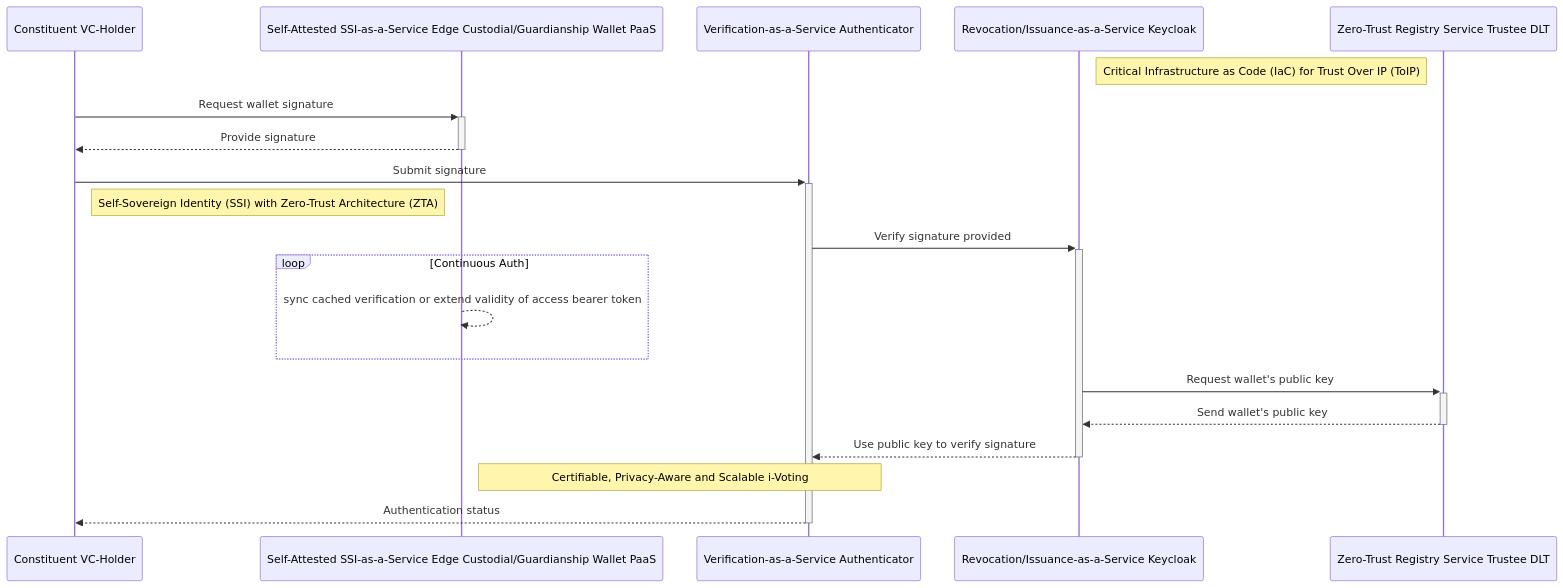
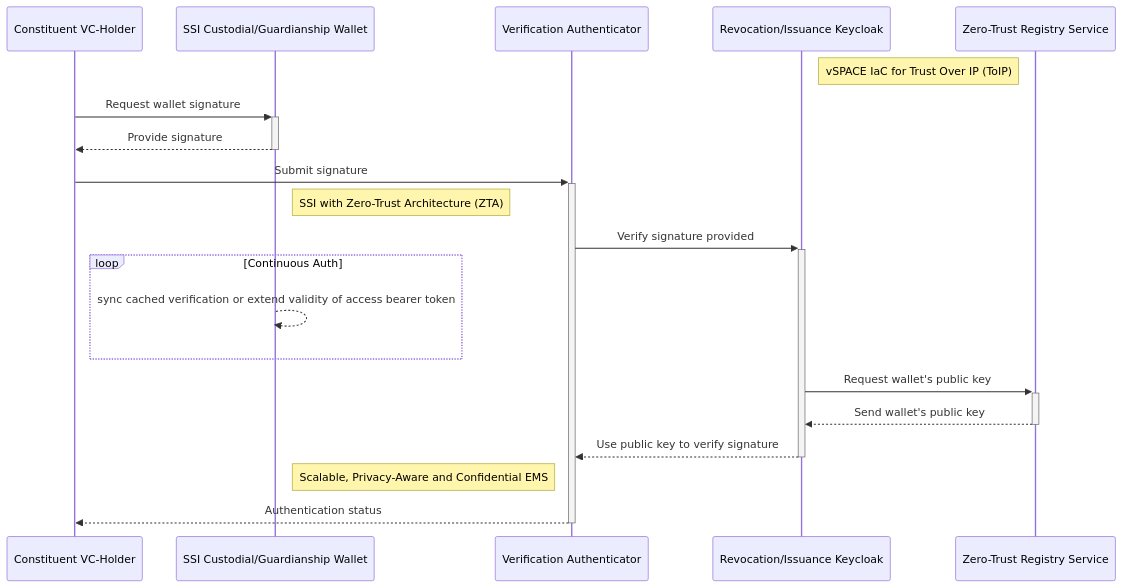
One commit to c6ai/c6ai changed the diagram in README.md. Above: the diagram before and after it, drawn with Mermaid.

Commit message:
Update README.md
https://kroki.io/mermaid/svg/eNqFU8GO2jAQPZevmAvKViVaqeqJw0oh0BZV26KGstLeBmcgI4Kd2k7YdMW_79isWgqqmkvk8Xvz3rxJhsNn1uzH8Jz4iva0Qsu4rsklobQx2n_EPde9HJMJWY22hPsl5EaXpB2VyQgiquBfFDDvPzRPySiWHoi3lQ_FtanL5Hg8DocDRz9b0oqmjFuL-wHI06D1rLhB7SEDdKG78-wF6GGVp5-FTvYKOgnQophD3jpvSsb69lMr_hi1q7iBB6xr8le0PNBWZHnDCj0bDVkro2sfjuZaZhrw36kzJ_Tt3LkWZQL4Qr2qDe6uGLPAeCRr0qUVa0LesvO2h4Jsx4oGb1CJEmSR-dV4AhuiArOB6Ri6YpHlM5hjDhtBnXp868jCfAE3SzNfvI3ELL27ezcZS3uJVCCHOC843mr0raUImqSCSrMxLKzpuKSL69gjH0PRrvd8yf3bmSiFsA_sq_PhMqsq9qQCC24el9nJXB4ayzAx6P5PY2hOPsqIqo1pwrY969a0Lm4iXvy2Lqqu1woUqopK6M73JuHQkyctZay5ZN8Hn6gUOQdrQiuRebMjHVsKLr6nwdnsMrbEQdOua1awoz7iZjE5GaEICv9CTSNKEvzh6OxOdE9e-_9mqrAOP9xINsQdqj7NDuIcUEQlmY1kJfFgDbP74jXZ142efbYhDedFxb0Atww9vw==

````diff
--- a/README.md
+++ b/README.md
@@ -8,23 +8,24 @@
 ```mermaid
+%%{init: {'themeVariables': {'fontFamily': 'Bernard MT Condensed', 'fontSize': '24px','fontWeight': 'bold'}}}%%
 sequenceDiagram
     participant A as Constituent VC-Holder
-    participant B as Self-Attested SSI-as-a-Service Edge Custodial/Guardianship Wallet PaaS
-    participant C as Verification-as-a-Service Authenticator
-    participant D as Revocation/Issuance-as-a-Service Keycloak
-    participant E as Zero-Trust Registry Service Trustee DLT
+    participant B as SSI Custodial/Guardianship Wallet
+    participant C as Verification Authenticator
+    participant D as Revocation/Issuance Keycloak
+    participant E as Zero-Trust Registry Service
 	actor A
-    Note right of D: Critical Infrastructure as Code (IaC) for Trust Over IP (ToIP)
+    Note right of D: vSPACE IaC for Trust Over IP (ToIP)
     A->>+B: Request wallet signature
     B-->>-A: Provide signature
     A->>+C: Submit signature
-    Note right of A: Self-Sovereign Identity (SSI) with Zero-Trust Architecture (ZTA)
+    Note right of B: SSI with Zero-Trust Architecture (ZTA)
     C->>+D: Verify signature provided
     loop Continuous Auth
         B-->>B: sync cached verification or extend validity of access bearer token
     end
     D->>+E: Request wallet's public key
     E-->>-D: Send wallet's public key
     D-->>-C: Use public key to verify signature
-    Note right of B: Certifiable, Privacy-Aware and Scalable i-Voting
+    Note right of B: Scalable, Privacy-Aware and Confidential EMS
     C-->>-A: Authentication status
 ```
````
